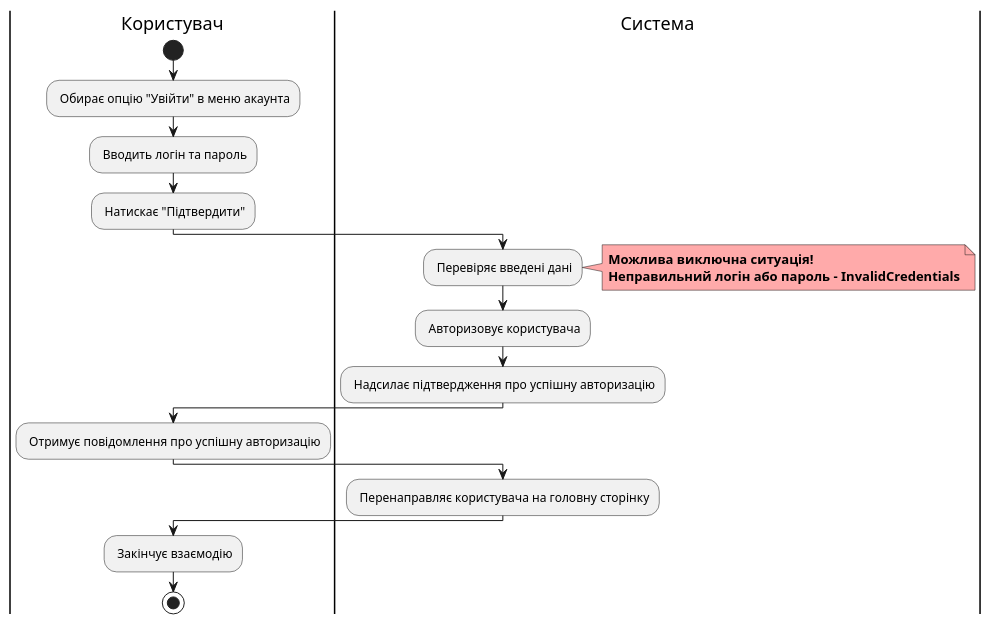
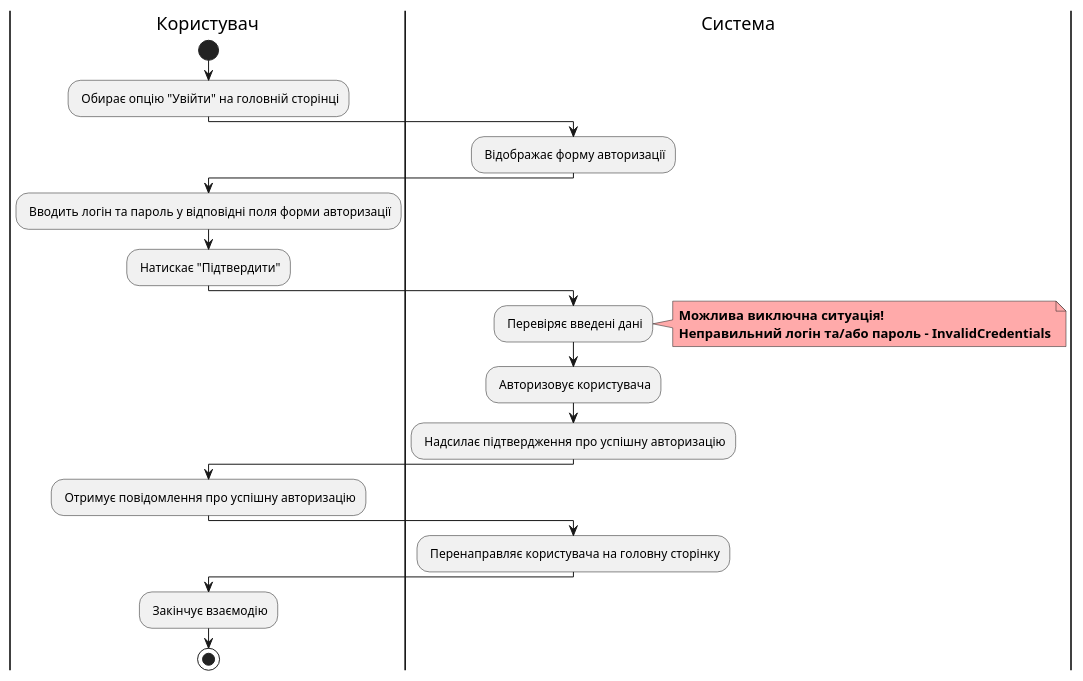
Before and after one commit to watashone/db-labs: diagram 12 of 19 in docs/use cases/README.md, drawn with PlantUML. The commit also changed other lines of this file, not shown here.

```diff
--- a/docs/use cases/README.md
+++ b/docs/use cases/README.md
@@ -382,24 +412,27 @@
 @startuml
 
     |Користувач|
         start
-        : Обирає опцію "Увійти" в меню акаунта;
-        : Вводить логін та пароль;
+        : Обирає опцію "Увійти" на головній сторінці;
+    |Система|
+        : Відображає форму авторизації;
+    |Користувач|
+        : Вводить логін та пароль у відповідні поля форми авторизації;
         : Натискає "Підтвердити";
     |Система|
         : Перевіряє введені дані;
         note right #ffaaaa
         <b>Можлива виключна ситуація!
-        <b>Неправильний логін або пароль - InvalidCredentials
+        <b>Неправильний логін та/або пароль - InvalidCredentials
         end note
         : Авторизовує користувача;
         : Надсилає підтвердження про успішну авторизацію;
     |Користувач|
         : Отримує повідомлення про успішну авторизацію;
     |Система|    
         : Перенаправляє користувача на головну сторінку;
     |Користувач|
         : Закінчує взаємодію;
         stop;
         
 @enduml
```
